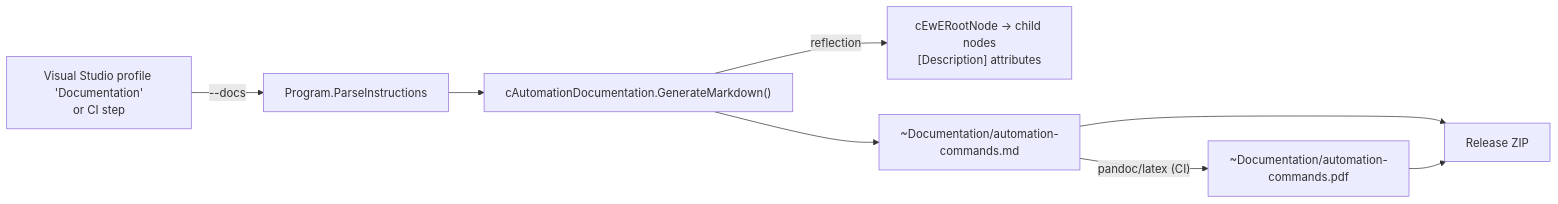
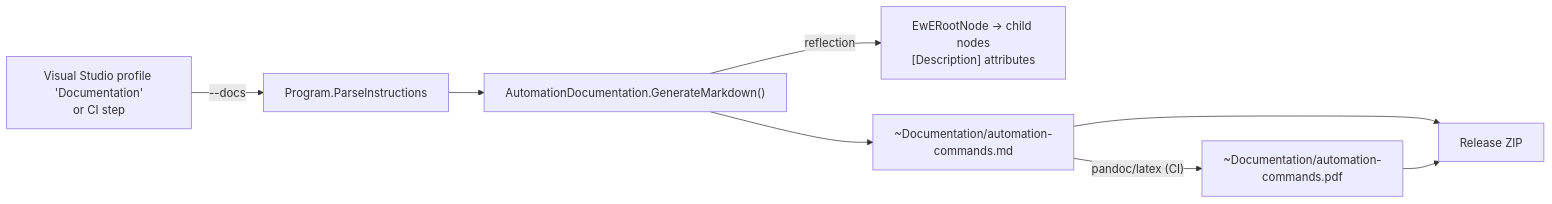
The sixth of 7 diagrams in Eii.Ecopath.Runner_architecture.md (Official-EwE/Eii.Ecopath.Runner), drawn with Mermaid before and after one commit. The commit also changed other lines of this file and 108 other files, not shown here.

````diff
--- a/Eii.Ecopath.Runner_architecture.md
+++ b/Eii.Ecopath.Runner_architecture.md
@@ -308,10 +308,10 @@
 ```mermaid
 flowchart LR
     VS["Visual Studio profile 'Documentation'<br/>or CI step"] -->|"--docs"| PRG["Program.ParseInstructions"]
-    PRG --> GEN["cAutomationDocumentation.GenerateMarkdown()"]
-    GEN -->|reflection| ROOT["cEwERootNode → child nodes<br/>[Description] attributes"]
+    PRG --> GEN["AutomationDocumentation.GenerateMarkdown()"]
+    GEN -->|reflection| ROOT["EwERootNode → child nodes<br/>[Description] attributes"]
     GEN --> MD["~Documentation/automation-commands.md"]
     MD -->|"pandoc/latex (CI)"| PDF["~Documentation/automation-commands.pdf"]
     MD --> ZIP["Release ZIP"]
     PDF --> ZIP
 ```
````
